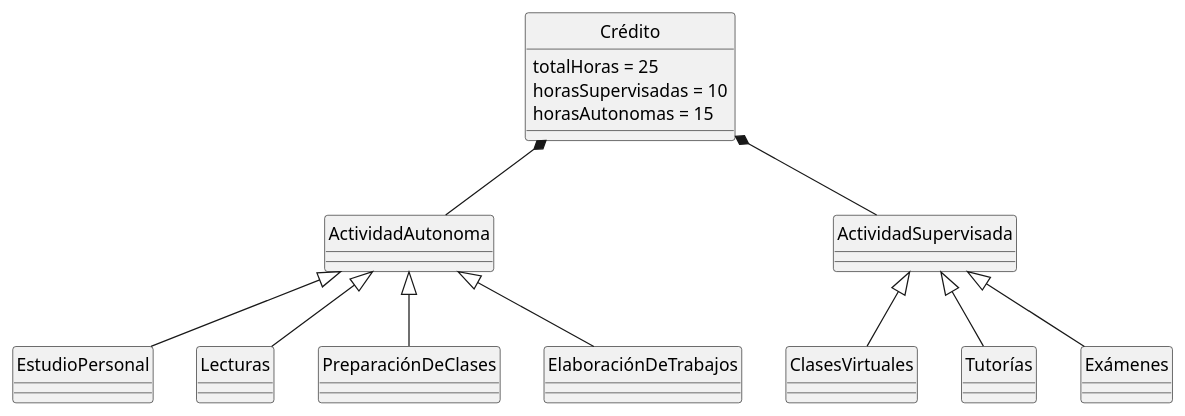
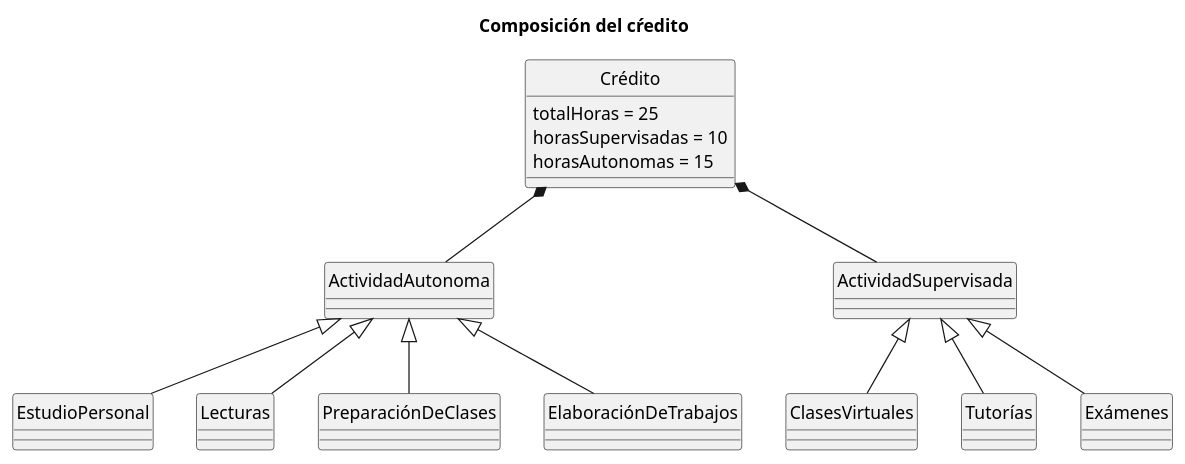
Before and after one commit to Universidad-del-Atlantico-Sur/Ingenier-a-Informatica: the diagram in modelosUML/credito.puml, drawn with PlantUML. The commit also changed 7 other files, not shown here.

```diff
--- a/modelosUML/credito.puml
+++ b/modelosUML/credito.puml
@@ -10,28 +10,30 @@
 @startuml
+
+title Composición del cŕedito
 
 hide circle
 
 class Crédito {
   totalHoras = 25
   horasSupervisadas = 10
   horasAutonomas = 15
 }
 
 class ActividadSupervisada 
 
 class ActividadAutonoma 
 
 Crédito *-- ActividadSupervisada 
 Crédito *-- ActividadAutonoma 
 
 ClasesVirtuales -u-|> ActividadSupervisada
 Tutorías -u-|> ActividadSupervisada
 Exámenes -u-|> ActividadSupervisada
 
 EstudioPersonal -u-|> ActividadAutonoma
 Lecturas -u-|> ActividadAutonoma
 PreparaciónDeClases -u-|> ActividadAutonoma
 ElaboraciónDeTrabajos -u-|> ActividadAutonoma
 
 
 @enduml
```
